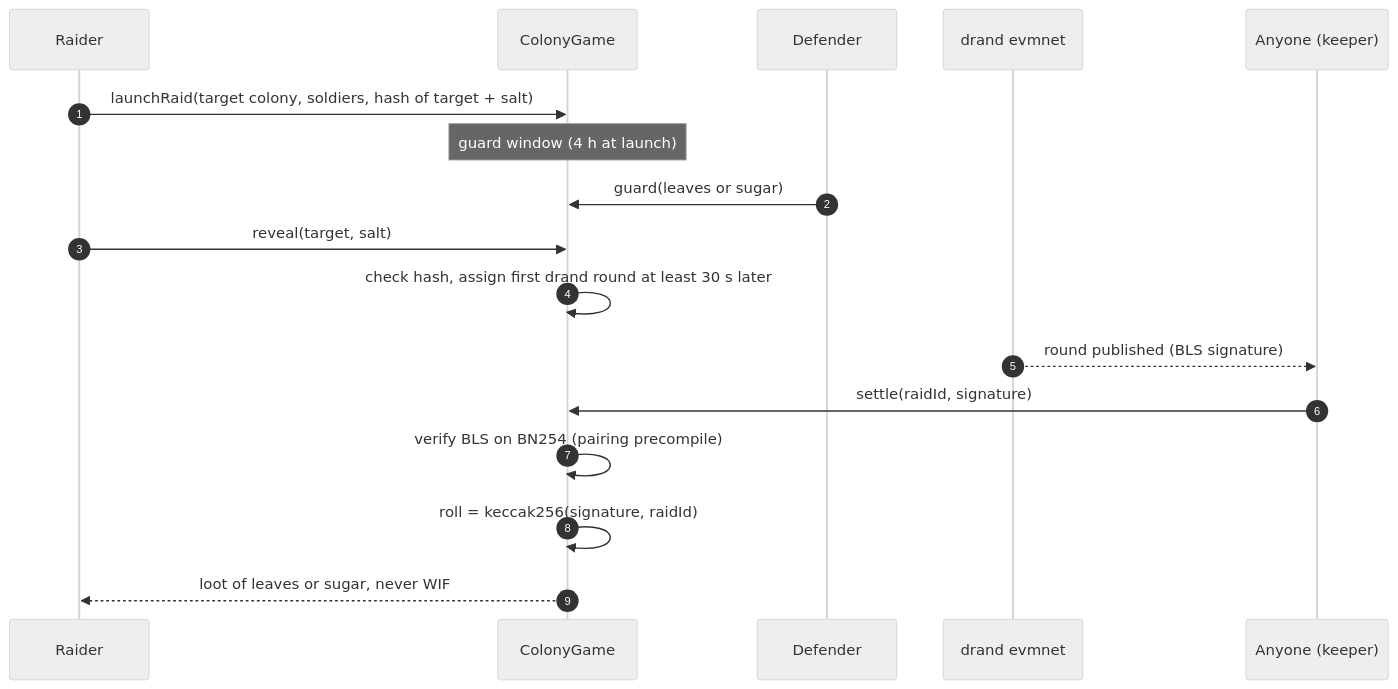
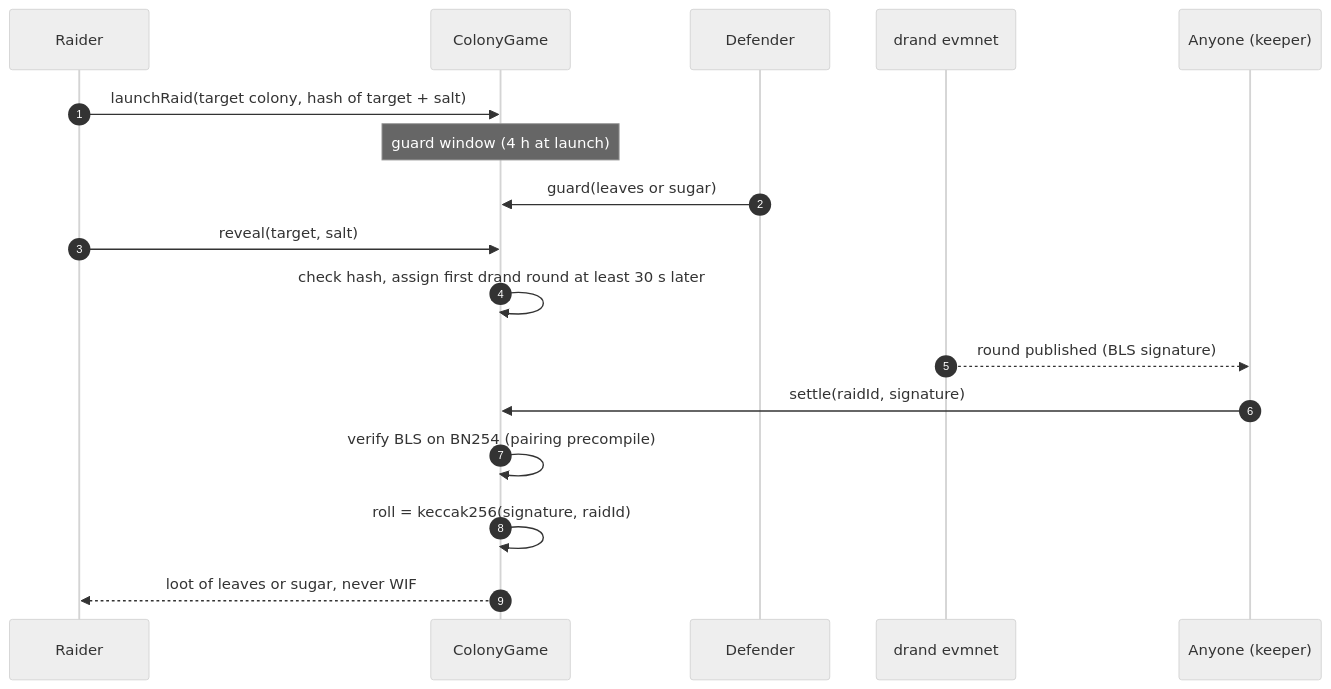
The second of 3 diagrams in README.md (Samuel-Chuku/c0lony), drawn with Mermaid (neutral theme) before and after one commit. The commit also changed other lines of this file and 39 other files, not shown here.

````diff
--- a/README.md
+++ b/README.md
@@ -78,19 +80,19 @@
 ```mermaid
 sequenceDiagram
   autonumber
   participant R as Raider
   participant C as ColonyGame
   participant D as Defender
   participant Dr as drand evmnet
   participant K as Anyone (keeper)
-  R->>C: launchRaid(target colony, soldiers, hash of target + salt)
+  R->>C: launchRaid(target colony, hash of target + salt)
   Note over C: guard window (4 h at launch)
   D->>C: guard(leaves or sugar)
   R->>C: reveal(target, salt)
   C->>C: check hash, assign first drand round at least 30 s later
   Dr-->>K: round published (BLS signature)
   K->>C: settle(raidId, signature)
   C->>C: verify BLS on BN254 (pairing precompile)
   C->>C: roll = keccak256(signature, raidId)
   C-->>R: loot of leaves or sugar, never WIF
 ```
````
